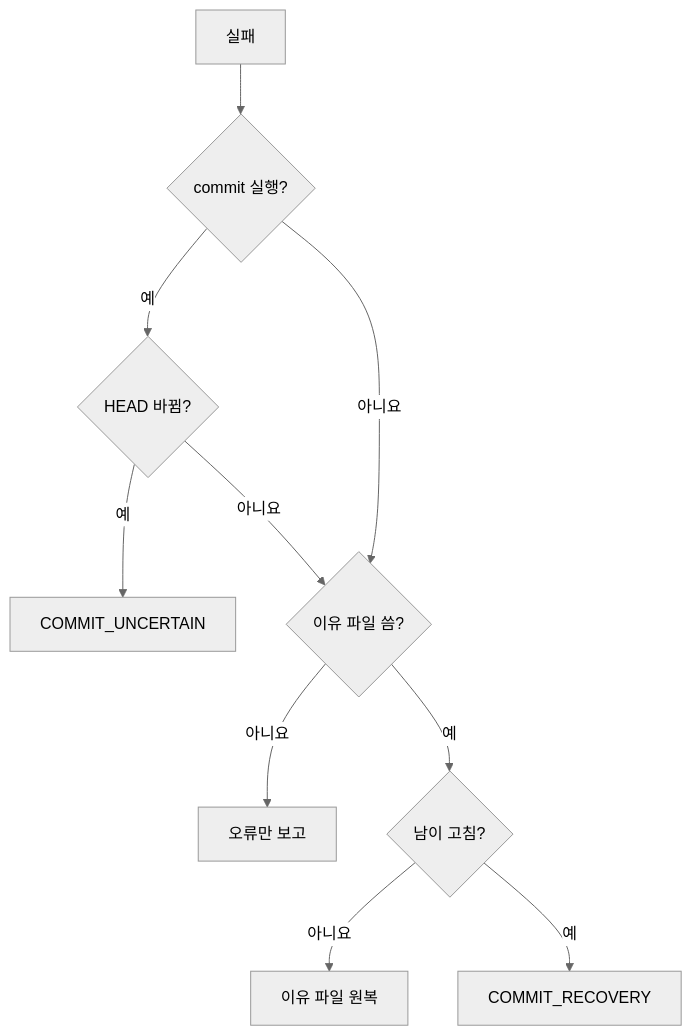
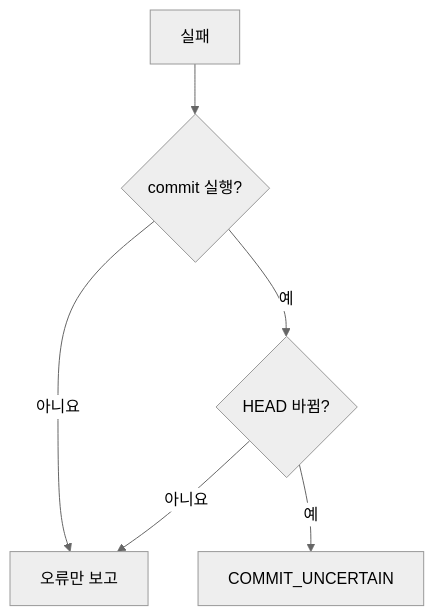
One commit to dev-goraebap/gitifact changed the second of 2 diagrams in .gitifact/spec/git-history/design/overview.md. Above: the diagram before and after it, drawn with Mermaid (neutral theme). The commit also changed other lines of this file and 112 other files, not shown here.

````diff
--- a/.gitifact/spec/git-history/design/overview.md
+++ b/.gitifact/spec/git-history/design/overview.md
@@ -86,12 +84,8 @@
 ```mermaid
 flowchart TD
   F["실패"] --> S{"commit 실행?"}
+  S -->|아니요| E["오류만 보고"]
   S -->|예| H{"HEAD 바뀜?"}
+  H -->|아니요| E
   H -->|예| U["COMMIT_UNCERTAIN"]
-  H -->|아니요| W
-  S -->|아니요| W{"이유 파일 씀?"}
-  W -->|아니요| E["오류만 보고"]
-  W -->|예| O{"남이 고침?"}
-  O -->|아니요| R["이유 파일 원복"]
-  O -->|예| K["COMMIT_RECOVERY"]
 ```
````
